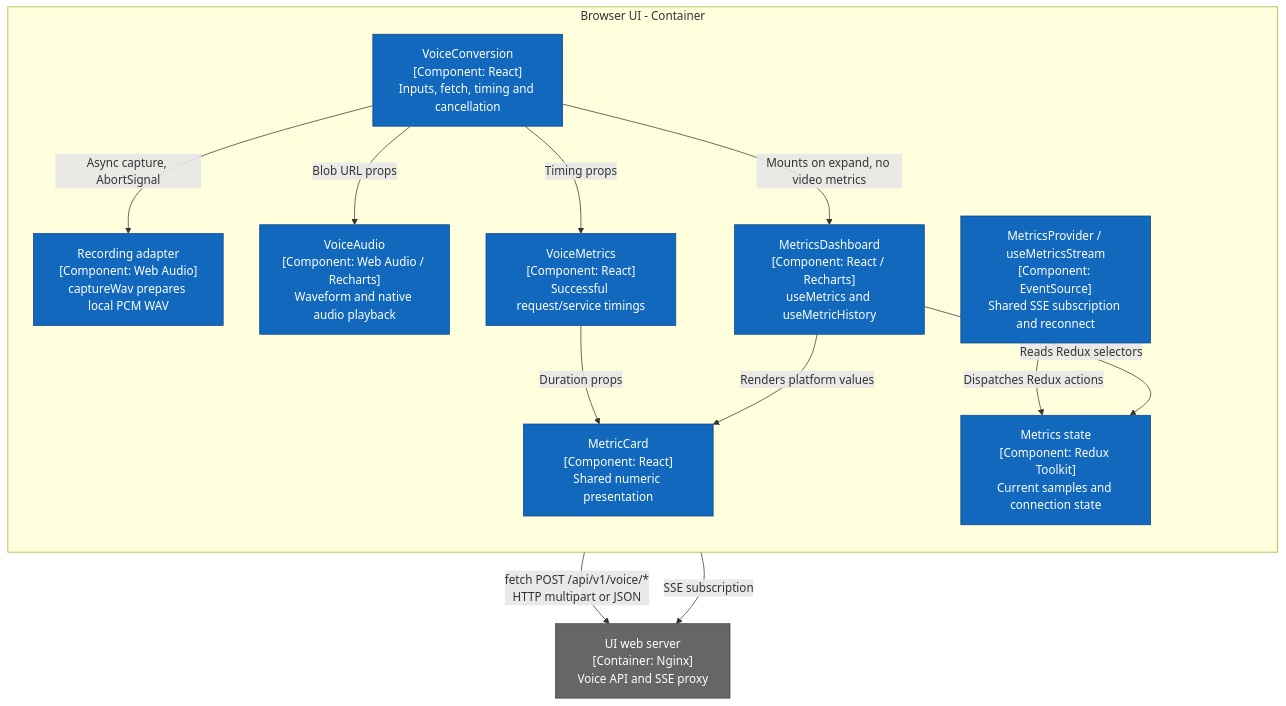
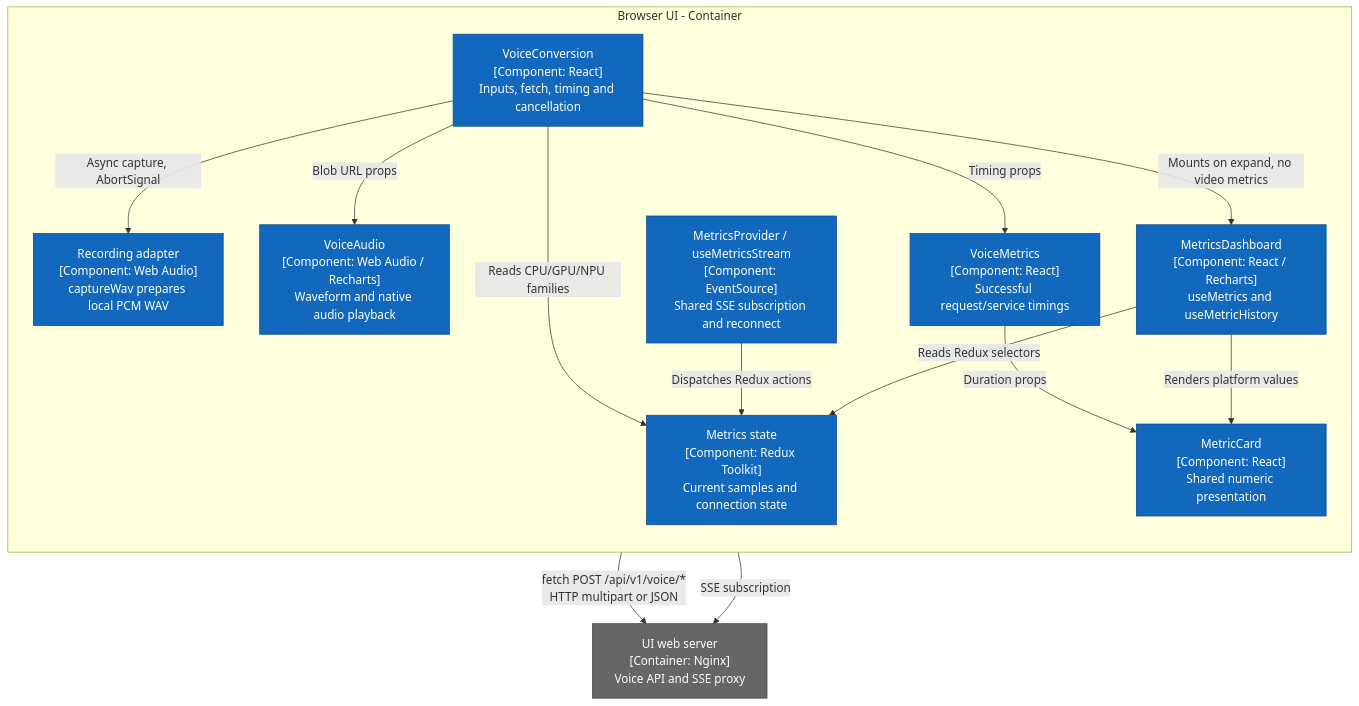
One commit to open-edge-platform/edge-ai-libraries changed the third of 8 diagrams in tools/visual-pipeline-and-platform-evaluation-tool/docs/user-guide/developer-guide/voice-architecture.md. Above: the diagram before and after it, drawn with Mermaid. The commit also changed other lines of this file and 29 other files, not shown here.

````diff
--- a/tools/visual-pipeline-and-platform-evaluation-tool/docs/user-guide/developer-guide/voice-architecture.md
+++ b/tools/visual-pipeline-and-platform-evaluation-tool/docs/user-guide/developer-guide/voice-architecture.md
@@ -101,27 +103,28 @@
 ```mermaid
 flowchart TB
   web["UI web server<br/>[Container: Nginx]<br/>Voice API and SSE proxy"]:::external
   subgraph spa[Browser UI - Container]
     direction TB
     voice["VoiceConversion<br/>[Component: React]<br/>Inputs, fetch, timing and cancellation"]:::internal
     recorder["Recording adapter<br/>[Component: Web Audio]<br/>captureWav prepares local PCM WAV"]:::internal
     audio["VoiceAudio<br/>[Component: Web Audio / Recharts]<br/>Waveform and native audio playback"]:::internal
     timings["VoiceMetrics<br/>[Component: React]<br/>Successful request/service timings"]:::internal
     stream["MetricsProvider / useMetricsStream<br/>[Component: EventSource]<br/>Shared SSE subscription and reconnect"]:::internal
     store["Metrics state<br/>[Component: Redux Toolkit]<br/>Current samples and connection state"]:::internal
     dashboard["MetricsDashboard<br/>[Component: React / Recharts]<br/>useMetrics and useMetricHistory"]:::internal
     cards["MetricCard<br/>[Component: React]<br/>Shared numeric presentation"]:::internal
     voice -->|Async capture, AbortSignal| recorder
+    voice -->|Reads CPU/GPU/NPU families| store
     voice -->|Blob URL props| audio
     voice -->|Timing props| timings
     timings -->|Duration props| cards
     voice -->|Mounts on expand, no video metrics| dashboard
     stream -->|Dispatches Redux actions| store
     dashboard -->|Reads Redux selectors| store
     dashboard -->|Renders platform values| cards
   end
   voice -->|"fetch POST /api/v1/voice/*<br/>HTTP multipart or JSON"| web
   stream -->|"SSE subscription"| web
   classDef internal fill:#1168bd,color:#fff,stroke:#0b4884
   classDef external fill:#666,color:#fff,stroke:#444
 ```
````
